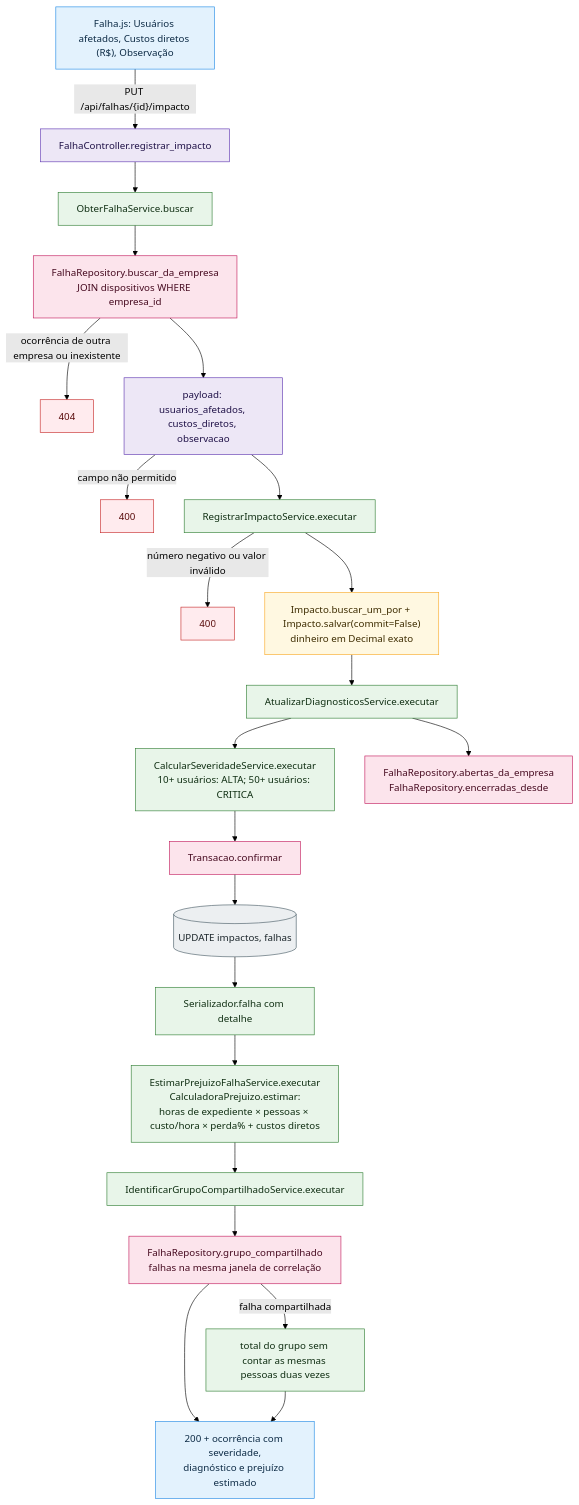
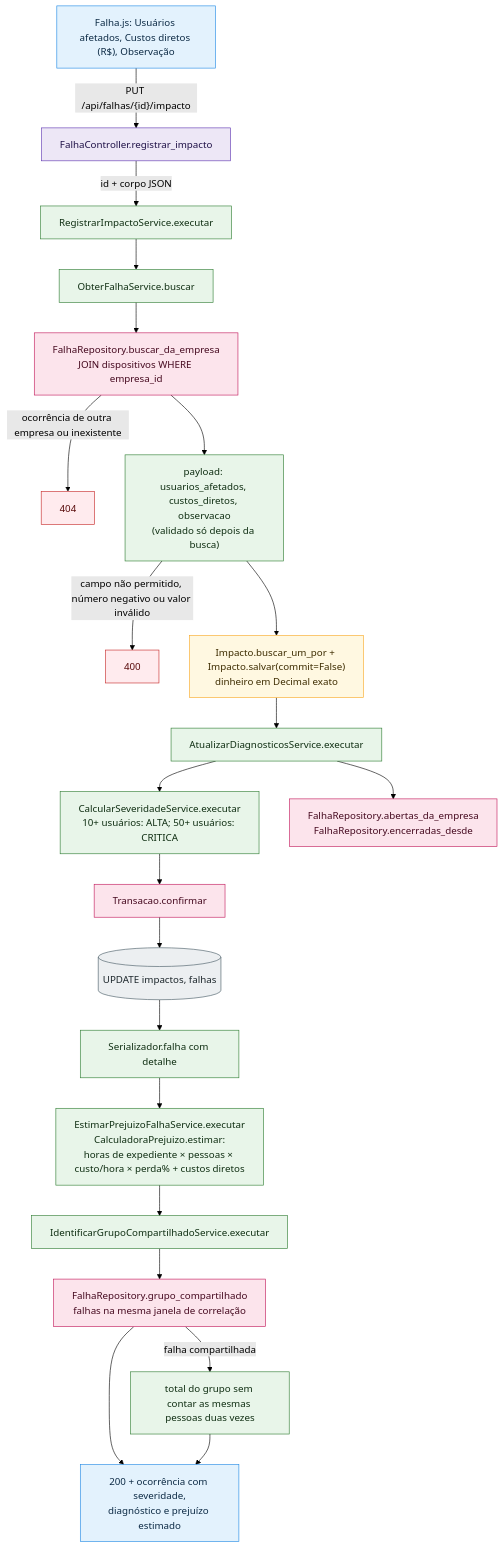
Before and after one commit to MarceloRodriguesDoNascimento/EdgeHealth: the fourth of 7 diagrams in docs/fluxogramas.md, drawn with Mermaid (forest theme). The commit also changed other lines of this file and 14 other files, not shown here.

First line of the commit message:
Um Service por método de Controller e roteiro do vídeo de demonstração

````diff
--- a/docs/fluxogramas.md
+++ b/docs/fluxogramas.md
@@ -135,31 +135,30 @@
 ```mermaid
 flowchart TD
     T["Falha.js: Usuários afetados, Custos diretos (R$), Observação"]:::tela -->|"PUT /api/falhas/{id}/impacto"| C["FalhaController.registrar_impacto"]:::ctrl
-    C --> O["ObterFalhaService.buscar"]:::svc
+    C -->|"id + corpo JSON"| S["RegistrarImpactoService.executar"]:::svc
+    S --> O["ObterFalhaService.buscar"]:::svc
     O --> R1["FalhaRepository.buscar_da_empresa<br/>JOIN dispositivos WHERE empresa_id"]:::repo
     R1 -->|"ocorrência de outra empresa ou inexistente"| E404["404"]:::erro
-    R1 --> P["payload: usuarios_afetados, custos_diretos, observacao"]:::ctrl
-    P -->|"campo não permitido"| E400a["400"]:::erro
-    P --> S["RegistrarImpactoService.executar"]:::svc
-    S -->|"número negativo ou valor inválido"| E400b["400"]:::erro
-    S --> M1["Impacto.buscar_um_por + Impacto.salvar(commit=False)<br/>dinheiro em Decimal exato"]:::model
+    R1 --> P["payload: usuarios_afetados, custos_diretos, observacao<br/>(validado só depois da busca)"]:::svc
+    P -->|"campo não permitido, número negativo ou valor inválido"| E400a["400"]:::erro
+    P --> M1["Impacto.buscar_um_por + Impacto.salvar(commit=False)<br/>dinheiro em Decimal exato"]:::model
     M1 --> D["AtualizarDiagnosticosService.executar"]:::svc
     D --> SV["CalcularSeveridadeService.executar<br/>10+ usuários: ALTA; 50+ usuários: CRITICA"]:::svc
     D --> R2["FalhaRepository.abertas_da_empresa<br/>FalhaRepository.encerradas_desde"]:::repo
     SV --> TX["Transacao.confirmar"]:::repo
     TX --> B[("UPDATE impactos, falhas")]:::banco
     B --> J["Serializador.falha com detalhe"]:::svc
     J --> PR["EstimarPrejuizoFalhaService.executar<br/>CalculadoraPrejuizo.estimar:<br/>horas de expediente × pessoas × custo/hora × perda% + custos diretos"]:::svc
     PR --> G["IdentificarGrupoCompartilhadoService.executar"]:::svc
     G --> R3["FalhaRepository.grupo_compartilhado<br/>falhas na mesma janela de correlação"]:::repo
     R3 -->|"falha compartilhada"| GR["total do grupo sem contar as mesmas pessoas duas vezes"]:::svc
     R3 --> OK["200 + ocorrência com severidade,<br/>diagnóstico e prejuízo estimado"]:::tela
     GR --> OK
     classDef tela fill:#e3f2fd,stroke:#1e88e5,color:#0d2b45
     classDef ctrl fill:#ede7f6,stroke:#5e35b1,color:#1f1147
     classDef svc fill:#e8f5e9,stroke:#2e7d32,color:#0f2e12
     classDef model fill:#fff8e1,stroke:#f9a825,color:#3d2c00
     classDef repo fill:#fce4ec,stroke:#c2185b,color:#45091f
     classDef banco fill:#eceff1,stroke:#455a64,color:#1c262b
     classDef erro fill:#ffebee,stroke:#c62828,color:#5a0d0d
 ```
````
